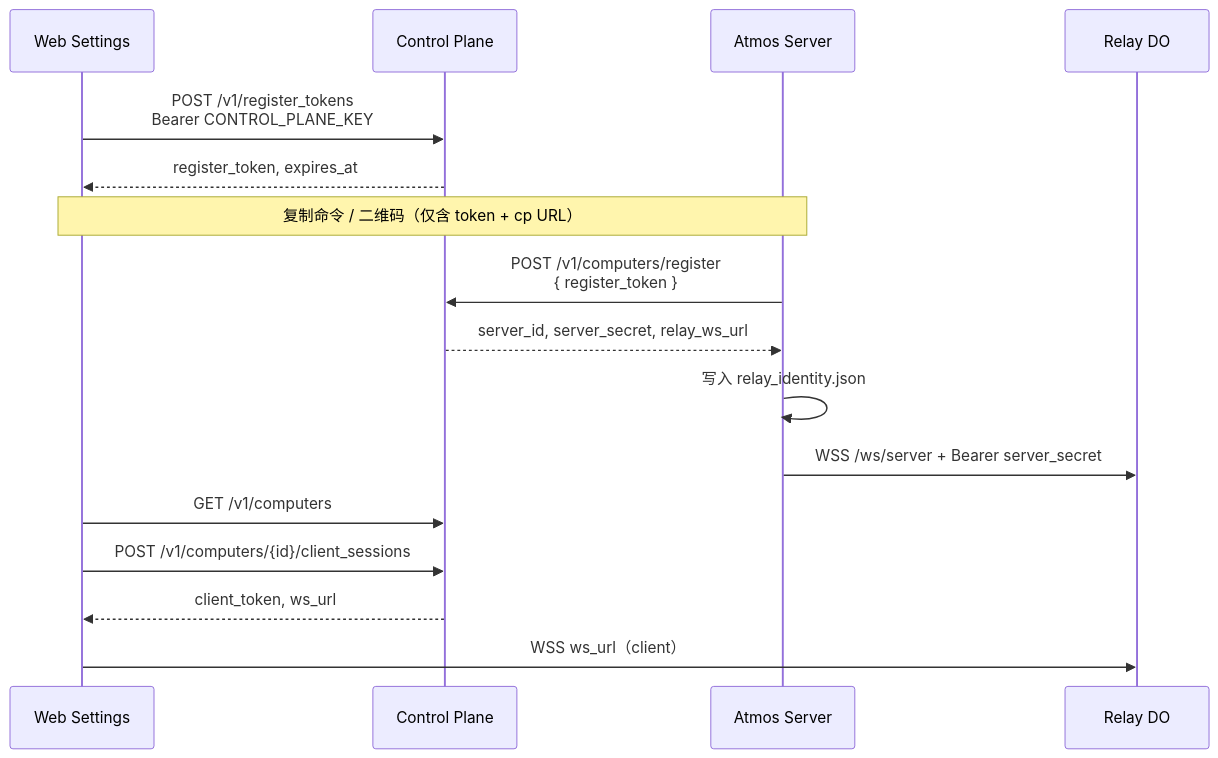
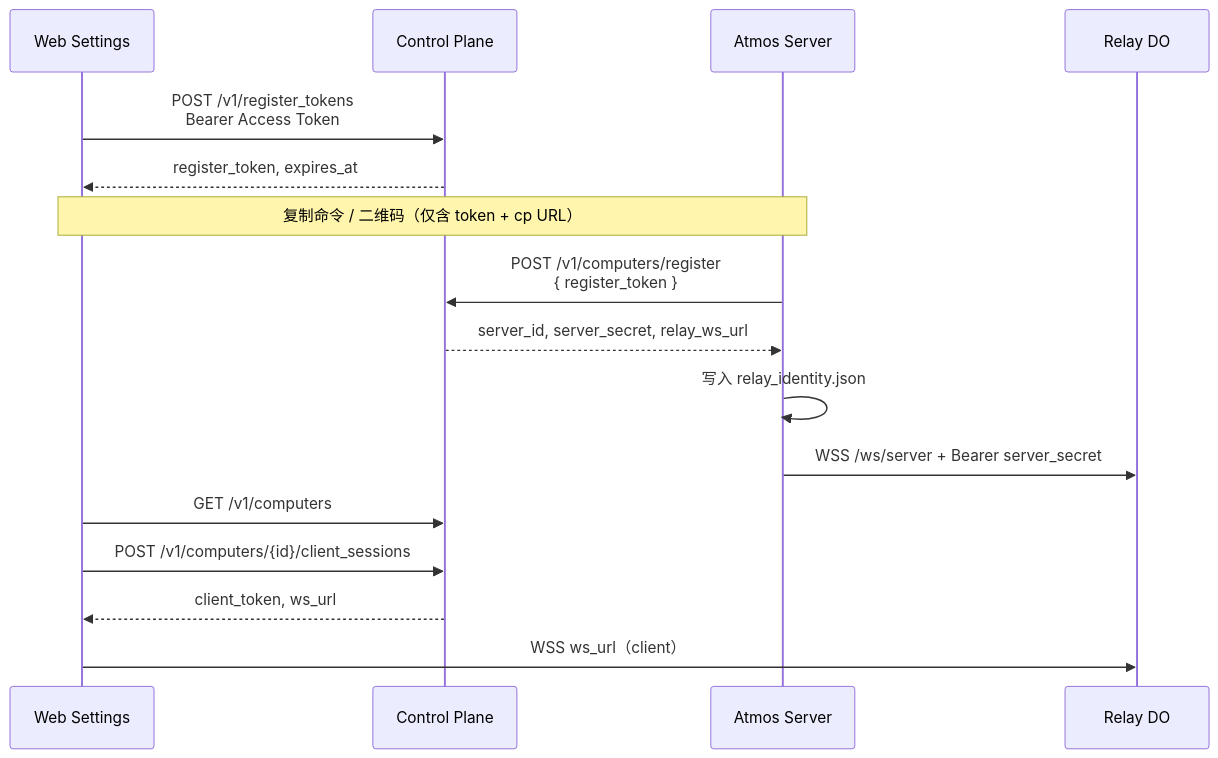
One commit to AruNi-01/atmos changed the seventh of 7 diagrams in specs/APP/APP-016_atmos-computer/TECH.md. Above: the diagram before and after it, drawn with Mermaid. The commit also changed other lines of this file and 26 other files, not shown here.

````diff
--- a/specs/APP/APP-016_atmos-computer/TECH.md
+++ b/specs/APP/APP-016_atmos-computer/TECH.md
@@ -295,20 +295,20 @@
 ```mermaid
 sequenceDiagram
   participant UI as Web Settings
   participant CP as Control Plane
   participant S as Atmos Server
   participant R as Relay DO
 
-  UI->>CP: POST /v1/register_tokens<br/>Bearer CONTROL_PLANE_KEY
+  UI->>CP: POST /v1/register_tokens<br/>Bearer Access Token
   CP-->>UI: register_token, expires_at
   Note over UI,S: 复制命令 / 二维码（仅含 token + cp URL）
   S->>CP: POST /v1/computers/register<br/>{ register_token }
   CP-->>S: server_id, server_secret, relay_ws_url
   S->>S: 写入 relay_identity.json
   S->>R: WSS /ws/server + Bearer server_secret
 
   UI->>CP: GET /v1/computers
   UI->>CP: POST /v1/computers/{id}/client_sessions
   CP-->>UI: client_token, ws_url
   UI->>R: WSS ws_url（client）
 ```
````
